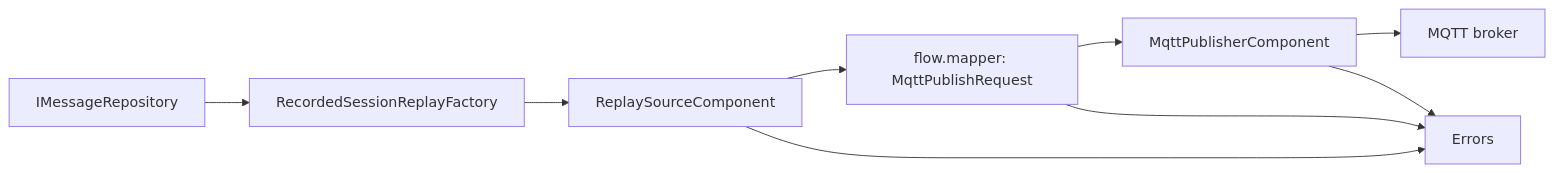
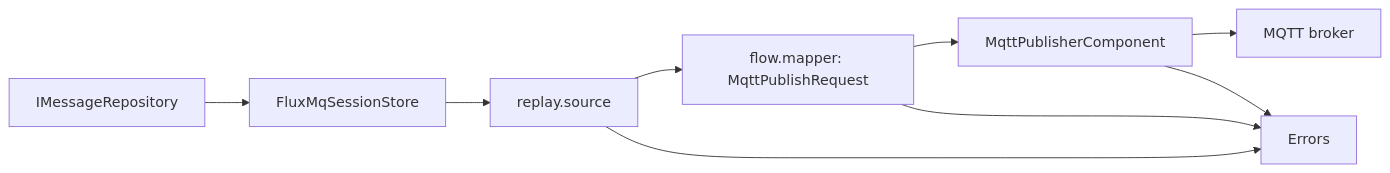
Before and after one commit to araxis/FluxMq: the fourth of 4 diagrams in docs/replay.md, drawn with Mermaid. The commit also changed other lines of this file and 18 other files, not shown here.

````diff
--- a/docs/replay.md
+++ b/docs/replay.md
@@ -98,11 +92,11 @@
 ```mermaid
 flowchart LR
-    Repository["IMessageRepository"] --> Factory["RecordedSessionReplayFactory"]
-    Factory --> Replay["ReplaySourceComponent"]
+    Repository["IMessageRepository"] --> Store["FluxMqSessionStore"]
+    Store --> Replay["replay.source"]
     Replay --> Mapper["flow.mapper: MqttPublishRequest"]
     Mapper --> Publish["MqttPublisherComponent"]
     Publish --> Broker["MQTT broker"]
     Replay --> Errors["Errors"]
     Mapper --> Errors
     Publish --> Errors
 ```
````
